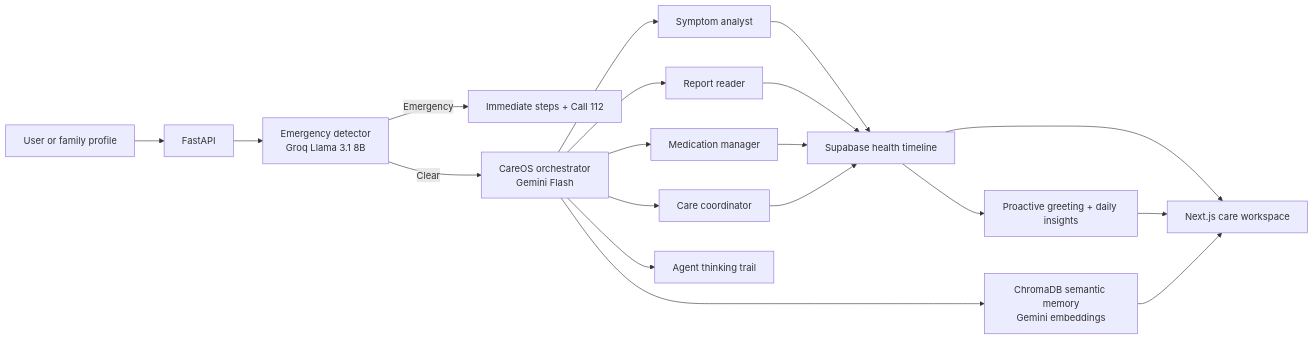
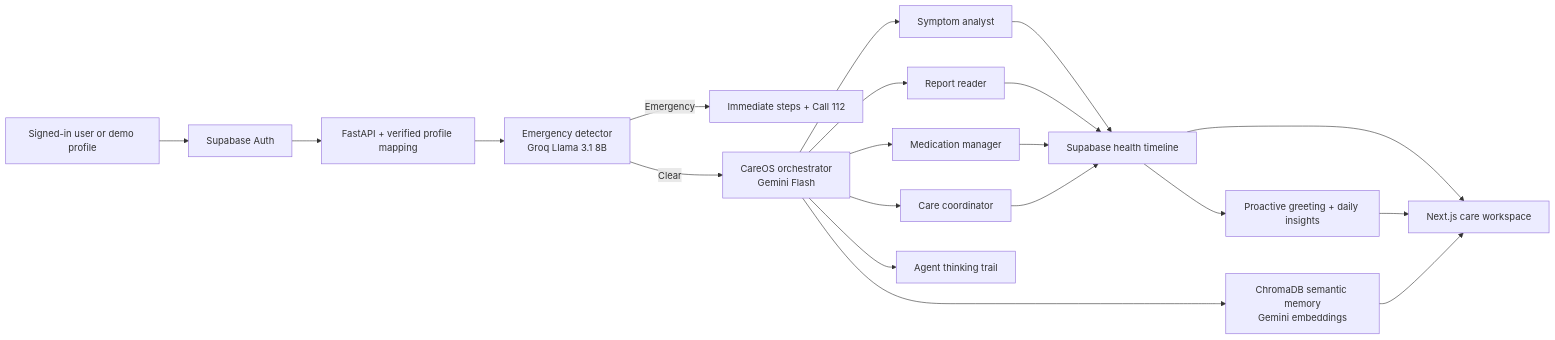
Before and after one commit to Ayushstark/Far_Away: the first of 2 diagrams in README.md, drawn with Mermaid. The commit also changed other lines of this file and 11 other files, not shown here.

````diff
--- a/README.md
+++ b/README.md
@@ -54,17 +57,18 @@
 ```mermaid
 flowchart LR
-    U["User or family profile"] --> API["FastAPI"]
+    U["Signed-in user or demo profile"] --> AUTH["Supabase Auth"]
+    AUTH --> API["FastAPI + verified profile mapping"]
     API --> E["Emergency detector<br/>Groq Llama 3.1 8B"]
     E -->|Emergency| ALERT["Immediate steps + Call 112"]
     E -->|Clear| O["CareOS orchestrator<br/>Gemini Flash"]
     O --> S["Symptom analyst"]
     O --> R["Report reader"]
     O --> M["Medication manager"]
     O --> C["Care coordinator"]
     O --> TRAIL["Agent thinking trail"]
     S & R & M & C --> DB["Supabase health timeline"]
     O --> MEM["ChromaDB semantic memory<br/>Gemini embeddings"]
     DB & MEM --> UI["Next.js care workspace"]
     DB --> PRO["Proactive greeting + daily insights"]
     PRO --> UI
 ```
````
